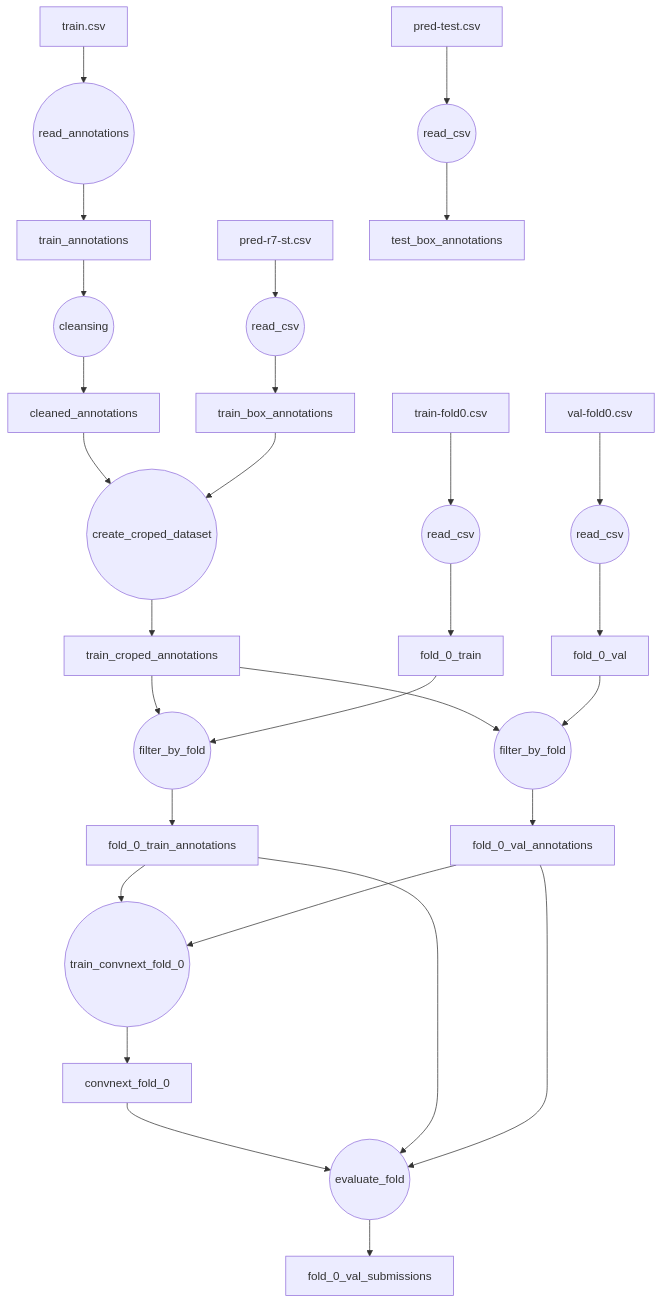
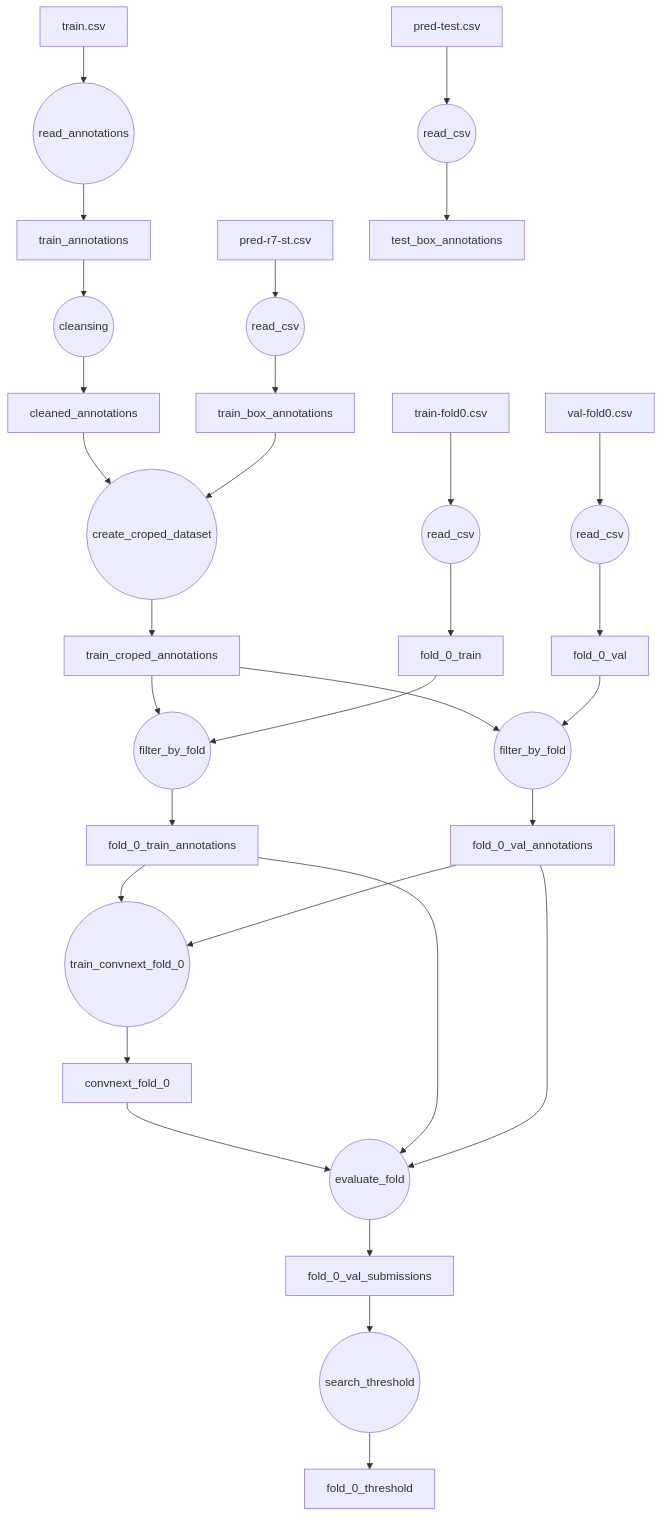
The diagram in hwad_bench/README.md (h4nyu/vision-tools), drawn with Mermaid before and after one commit.

````diff
--- a/hwad_bench/README.md
+++ b/hwad_bench/README.md
@@ -1,24 +1,24 @@
 ```mermaid
 flowchart TB
 train.csv --> read_annotations((read_annotations))
 read_annotations --> train_annotations
 train_annotations --> cleansing((cleansing)) --> cleaned_annotations
 pred-r7-st.csv --> read_csv((read_csv)) --> train_box_annotations
 cleaned_annotations --> create_croped_dataset0((create_croped_dataset)) --> train_croped_annotations
 train_box_annotations --> create_croped_dataset0
 train-fold0.csv --> read_csv0((read_csv)) --> fold_0_train
 val-fold0.csv --> read_csv1((read_csv)) --> fold_0_val
 train_croped_annotations --> filter_by_fold0((filter_by_fold)) --> fold_0_train_annotations
 fold_0_train --> filter_by_fold0
 train_croped_annotations --> filter_by_fold1((filter_by_fold)) --> fold_0_val_annotations
 fold_0_val --> filter_by_fold1
 
 fold_0_train_annotations --> train0((train_convnext_fold_0))
 fold_0_val_annotations --> train0
 pred-test.csv --> read_csv2((read_csv)) --> test_box_annotations
 train0((train_convnext_fold_0)) --> convnext_fold_0
 convnext_fold_0 --> evaluate_fold0((evaluate_fold)) 
 fold_0_train_annotations --> evaluate_fold0((evaluate_fold)) --> fold_0_val_submissions
 fold_0_val_annotations --> evaluate_fold0
-
+fold_0_val_submissions --> search_threshold((search_threshold)) --> fold_0_threshold
 ```
````
